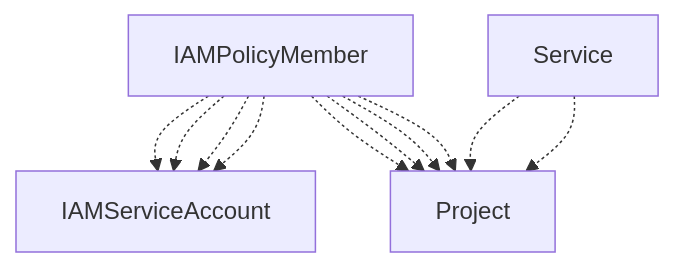
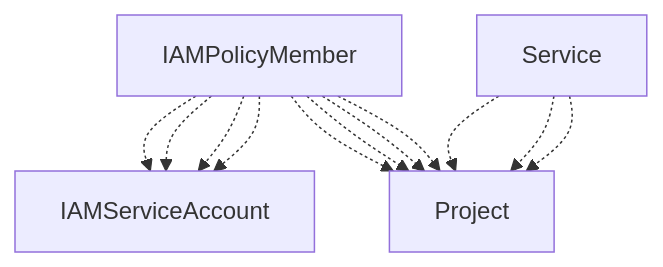
Before and after one commit to mathieu-benoit/acm-workshop: the diagram in content/gke-cluster/allow-gke.md, drawn with Mermaid. The commit also changed other lines of this file, not shown here.

Commit message:
Fix Error retrieving IAM policy for tenant project, Cloud Resource Manager API has not been enabled

```diff
--- a/content/gke-cluster/allow-gke.md
+++ b/content/gke-cluster/allow-gke.md
@@ -141,13 +160,14 @@
 {{< mermaid >}}
 graph TD;
   IAMPolicyMember-.->IAMServiceAccount
   IAMPolicyMember-.->Project
   IAMPolicyMember-.->IAMServiceAccount
   IAMPolicyMember-.->Project
   IAMPolicyMember-.->IAMServiceAccount
   IAMPolicyMember-.->Project
   IAMPolicyMember-.->IAMServiceAccount
   IAMPolicyMember-.->Project
   Service-.->Project
   Service-.->Project
+  Service-.->Project
 {{< /mermaid >}}
```
